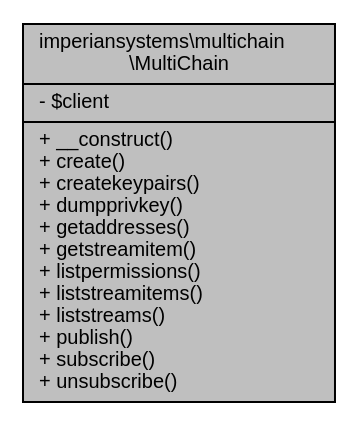
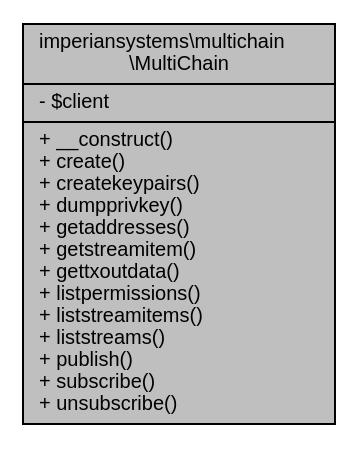
One commit to imperian-systems/multichain changed the diagram in docs/classimperiansystems_1_1multichain_1_1MultiChain__coll__graph.dot. Above: the diagram before and after it, drawn with Graphviz. The commit also changed 10 other files, not shown here.

```diff
--- a/docs/classimperiansystems_1_1multichain_1_1MultiChain__coll__graph.dot
+++ b/docs/classimperiansystems_1_1multichain_1_1MultiChain__coll__graph.dot
@@ -1,6 +1,6 @@
 digraph "imperiansystems\multichain\MultiChain"
 {
   edge [fontname="Helvetica",fontsize="10",labelfontname="Helvetica",labelfontsize="10"];
   node [fontname="Helvetica",fontsize="10",shape=record];
-  Node1 [label="{imperiansystems\\multichain\l\\MultiChain\n|- $client\l|+ __construct()\l+ create()\l+ createkeypairs()\l+ dumpprivkey()\l+ getaddresses()\l+ getstreamitem()\l+ listpermissions()\l+ liststreamitems()\l+ liststreams()\l+ publish()\l+ subscribe()\l+ unsubscribe()\l}",height=0.2,width=0.4,color="black", fillcolor="grey75", style="filled", fontcolor="black"];
+  Node1 [label="{imperiansystems\\multichain\l\\MultiChain\n|- $client\l|+ __construct()\l+ create()\l+ createkeypairs()\l+ dumpprivkey()\l+ getaddresses()\l+ getstreamitem()\l+ gettxoutdata()\l+ listpermissions()\l+ liststreamitems()\l+ liststreams()\l+ publish()\l+ subscribe()\l+ unsubscribe()\l}",height=0.2,width=0.4,color="black", fillcolor="grey75", style="filled", fontcolor="black"];
 }
```
